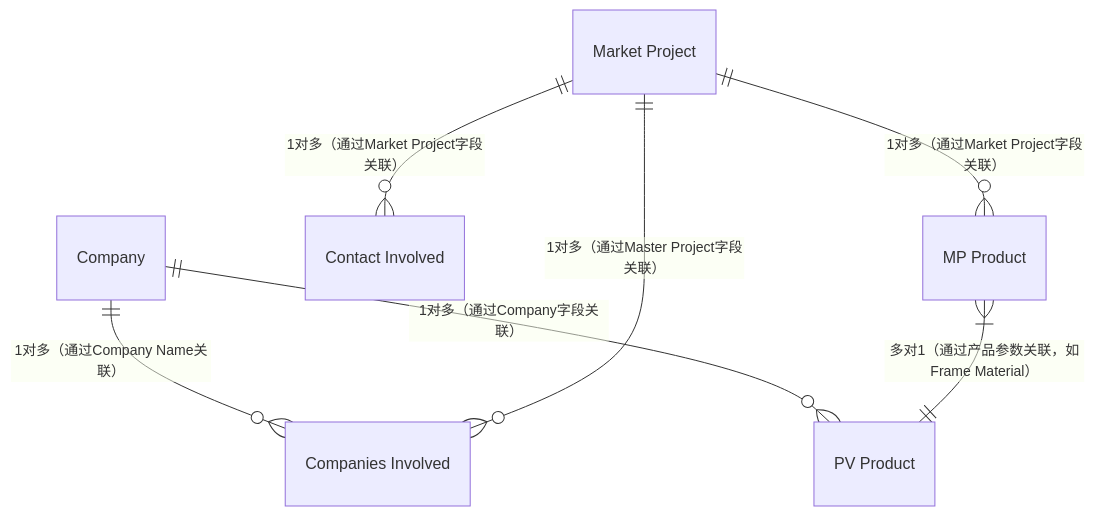
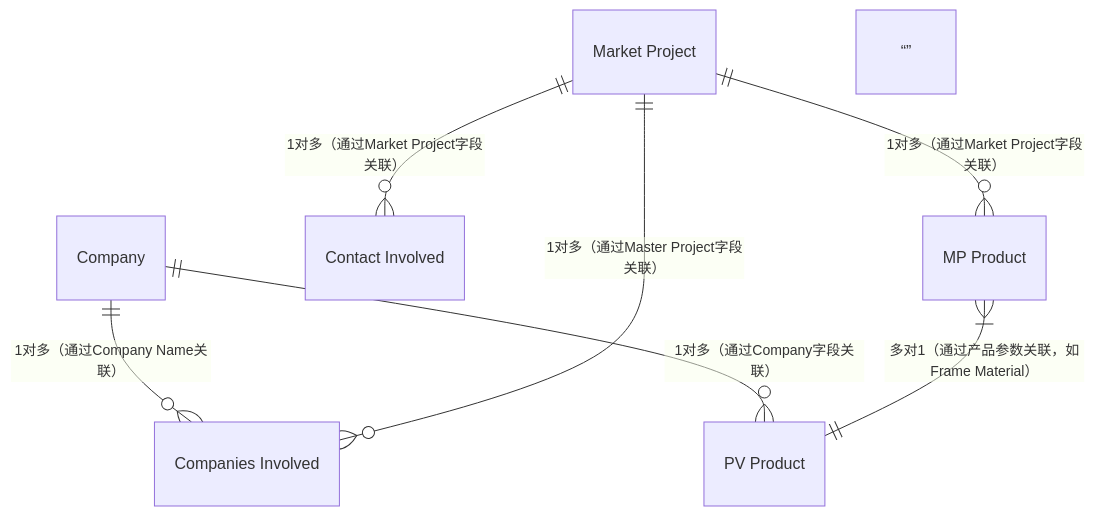
One commit to zhangziru-33/iodraw-files changed the diagram in all/未命名.md. Above: the diagram before and after it, drawn with Mermaid.

Commit message:
2025-12-04 09:32:58 update

````diff
--- a/all/未命名.md
+++ b/all/未命名.md
@@ -1,9 +1,10 @@
 ```mermaid
 erDiagram
     Company ||--o{ "Companies Involved" : "1对多（通过Company Name关联）"
     Company ||--o{ "PV Product" : "1对多（通过Company字段关联）"
     "Market Project" ||--o{ "Companies Involved" : "1对多（通过Master Project字段关联）"
     "Market Project" ||--o{ "Contact Involved" : "1对多（通过Market Project字段关联）"
     "Market Project" ||--o{ "MP Product" : "1对多（通过Market Project字段关联）"
     "MP Product" }|--|| "PV Product" : "多对1（通过产品参数关联，如Frame Material）"
+    “”
 ```
````
